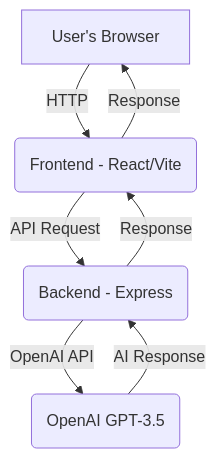
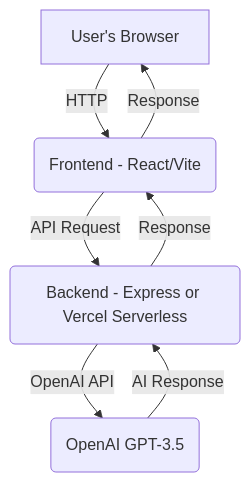
Before and after one commit to MatthewRichardson96/HeyChat: the diagram in README.md, drawn with Mermaid. The commit also changed other lines of this file and 12 other files, not shown here.

Commit message:
Updated project to work with Vercel serverless functions

````diff
--- a/README.md
+++ b/README.md
@@ -74,9 +103,9 @@
 ```mermaid
 graph TD
   A[User's Browser] -->|HTTP| B(Frontend - React/Vite)
-  B -->|API Request| C(Backend - Express)
+  B -->|API Request| C(Backend - Express or Vercel Serverless)
   C -->|OpenAI API| D(OpenAI GPT-3.5)
   D -->|AI Response| C
   C -->|Response| B
   B -->|Response| A
 ```
````
